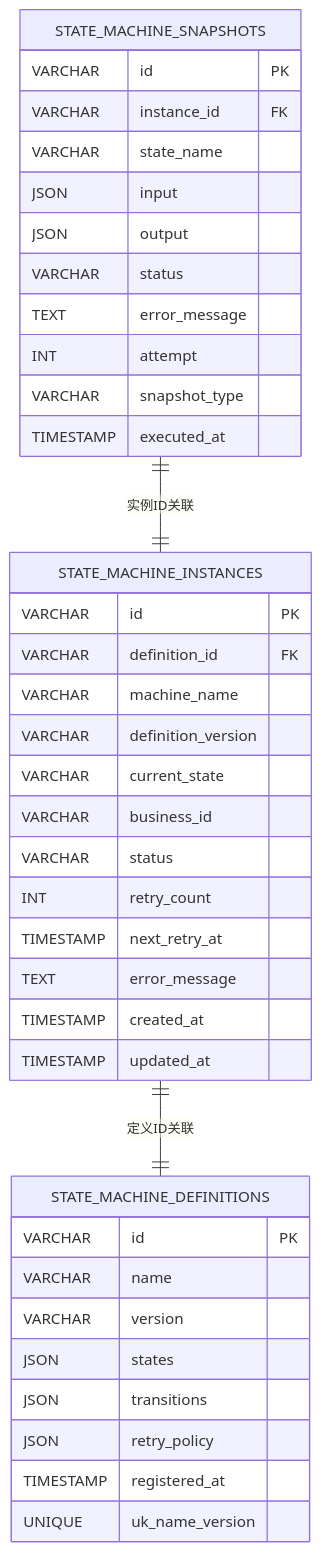
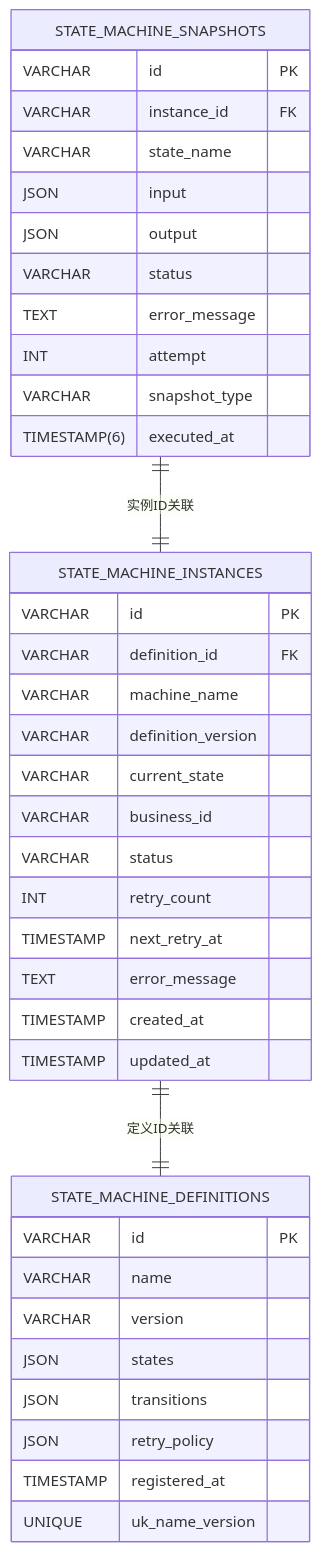
One commit to xiaoche80s-tech/state-machine-parent changed the fourth of 12 diagrams in .qoder/repowiki/zh/content/持久化层/数据库Schema设计.md. Above: the diagram before and after it, drawn with Mermaid. The commit also changed other lines of this file and 17 other files, not shown here.

````diff
--- a/.qoder/repowiki/zh/content/持久化层/数据库Schema设计.md
+++ b/.qoder/repowiki/zh/content/持久化层/数据库Schema设计.md
@@ -280,41 +299,41 @@
 ```mermaid
 erDiagram
 STATE_MACHINE_DEFINITIONS {
 VARCHAR id PK
 VARCHAR name
 VARCHAR version
 JSON states
 JSON transitions
 JSON retry_policy
 TIMESTAMP registered_at
 UNIQUE uk_name_version
 }
 STATE_MACHINE_INSTANCES {
 VARCHAR id PK
 VARCHAR definition_id FK
 VARCHAR machine_name
 VARCHAR definition_version
 VARCHAR current_state
 VARCHAR business_id
 VARCHAR status
 INT retry_count
 TIMESTAMP next_retry_at
 TEXT error_message
 TIMESTAMP created_at
 TIMESTAMP updated_at
 }
 STATE_MACHINE_SNAPSHOTS {
 VARCHAR id PK
 VARCHAR instance_id FK
 VARCHAR state_name
 JSON input
 JSON output
 VARCHAR status
 TEXT error_message
 INT attempt
 VARCHAR snapshot_type
-TIMESTAMP executed_at
+TIMESTAMP(6) executed_at
 }
 STATE_MACHINE_INSTANCES ||--|| STATE_MACHINE_DEFINITIONS : "定义ID关联"
 STATE_MACHINE_SNAPSHOTS ||--|| STATE_MACHINE_INSTANCES : "实例ID关联"
 ```
````
